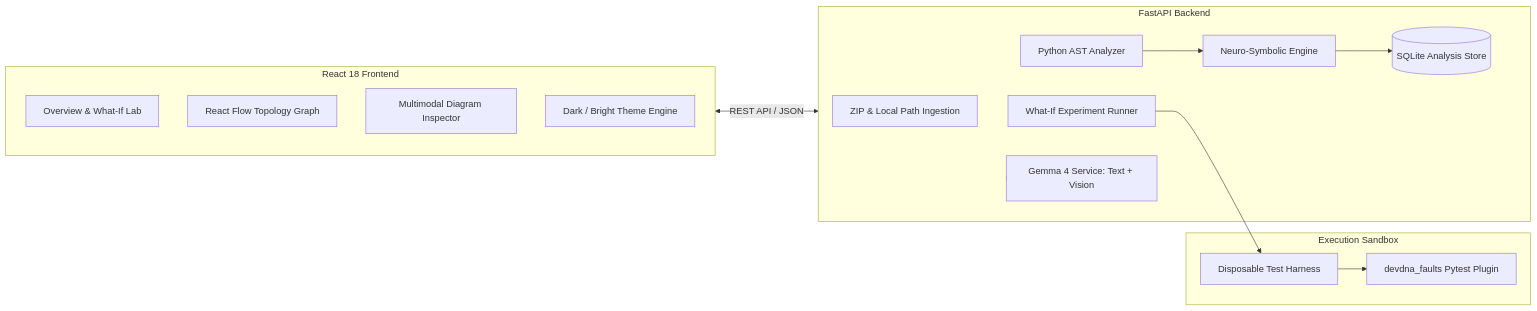
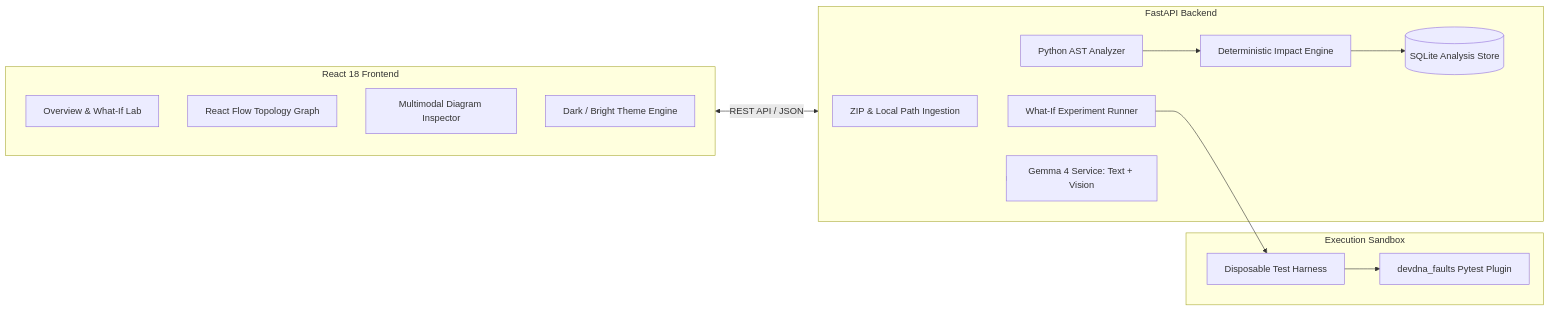
The diagram in README.md (soham1105-tech/DEVDNA-), drawn with Mermaid before and after one commit. The commit also changed other lines of this file and 18 other files, not shown here.

````diff
--- a/README.md
+++ b/README.md
@@ -135,28 +135,28 @@
 ```mermaid
 flowchart LR
     subgraph Frontend["React 18 Frontend"]
         UI[Overview & What-If Lab]
         GraphView[React Flow Topology Graph]
         MultiModal[Multimodal Diagram Inspector]
         Theme[Dark / Bright Theme Engine]
     end
 
     subgraph Backend["FastAPI Backend"]
         Ingest[ZIP & Local Path Ingestion]
         AST[Python AST Analyzer]
-        Engine[Neuro-Symbolic Engine]
+        Engine[Deterministic Impact Engine]
         Runner[What-If Experiment Runner]
         Gemma[Gemma 4 Service: Text + Vision]
         Store[(SQLite Analysis Store)]
     end
 
     subgraph Isolation["Execution Sandbox"]
         Harness[Disposable Test Harness]
         Faults[devdna_faults Pytest Plugin]
     end
 
     Frontend <-->|REST API / JSON| Backend
     Backend --> AST --> Engine --> Store
     Backend --> Gemma
     Backend --> Runner --> Harness --> Faults
 ```
````
